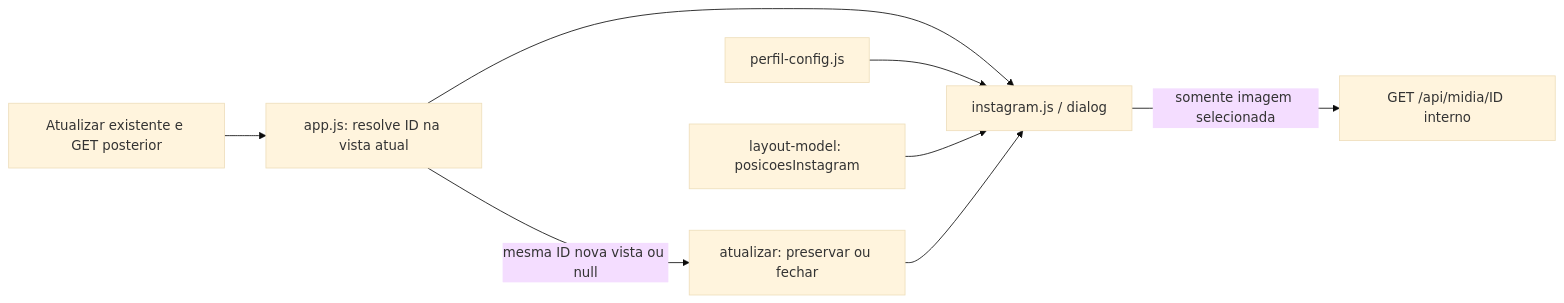
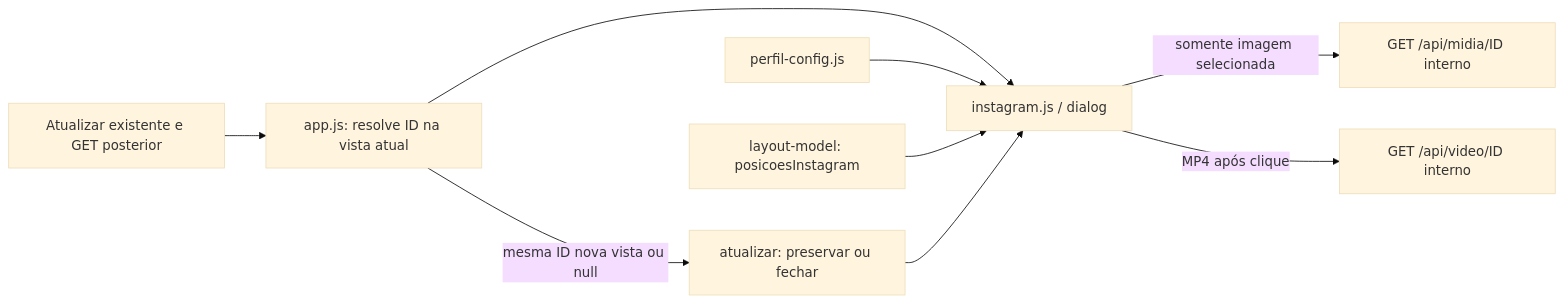
Before and after one commit to Browsher/crm-social: the diagram in docs/modules/instagram.md, drawn with Mermaid (base theme). The commit also changed other lines of this file and 38 other files, not shown here.

````diff
--- a/docs/modules/instagram.md
+++ b/docs/modules/instagram.md
@@ -17,10 +17,11 @@
 ```mermaid
 flowchart LR
   App[app.js: resolve ID na vista atual] --> IG[instagram.js / dialog]
   Perfil[perfil-config.js] --> IG
   Modelo[layout-model: posicoesInstagram] --> IG
   IG -->|somente imagem selecionada| Local[GET /api/midia/ID interno]
+  IG -->|MP4 após clique| Video[GET /api/video/ID interno]
   POST[Atualizar existente e GET posterior] --> App
   App -->|mesma ID nova vista ou null| Atualizar[atualizar: preservar ou fechar]
   Atualizar --> IG
 ```
````
